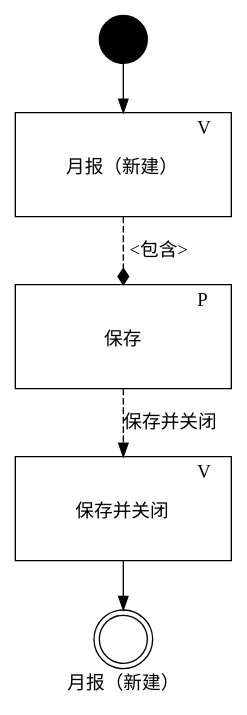
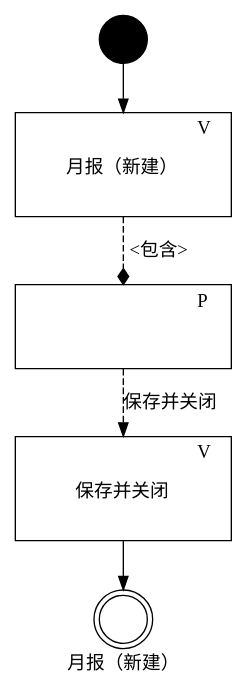
The diagram in ibizpms-docs/src/main/doc/v1/app/mob/func/IbzMonthlyCreateMobEditView.md (zj335841911/nt_chandao), drawn with PlantUML before and after one commit. The commit also changed 903 other files, not shown here.

```diff
--- a/ibizpms-docs/src/main/doc/v1/app/mob/func/IbzMonthlyCreateMobEditView.md
+++ b/ibizpms-docs/src/main/doc/v1/app/mob/func/IbzMonthlyCreateMobEditView.md
@@ -5,62 +5,62 @@
 {% plantuml %}
 
 digraph IbzMonthlyCreateMobEditView {
 
 label="月报（新建）";    
 
 #rankdir=LR;
 
 start [shape=circle,size="1,1",label="",style=filled, fillcolor=black]
 end [shape=doublecircle,label=""]
 
 own [shape=none, margin=0,size="6,6", label=<
 <TABLE WIDTH="150" BORDER="1" CELLBORDER="1" >
 <TR>
 <TD WIDTH="115" BORDER="0" COLSPAN="3"></TD><TD WIDTH="35" BORDER="0">V</TD>
 </TR>
 <TR>
 <TD BORDER="0" COLSPAN="4" CELLPADDING="10">月报（新建）<BR/><BR/></TD>
 </TR>
 </TABLE>
 >];
 
 part [shape=none, margin=0, label=<
 <TABLE WIDTH="150" BORDER="1" CELLBORDER="1" >
 <TR>
 <TD WIDTH="115" BORDER="0" COLSPAN="3"></TD><TD WIDTH="35" BORDER="0">P</TD> 
 </TR>
 <TR>
 <TD BORDER="0" COLSPAN="4" CELLPADDING="10">
-保存<BR/>
+
 <BR/></TD>
 </TR>
 </TABLE>
 >];
 
 
 SaveAndExit [shape=none, margin=0, label=<
 <TABLE WIDTH="150" BORDER="1" CELLBORDER="1" >
 <TR>
 <TD WIDTH="115" BORDER="0" COLSPAN="3"></TD><TD WIDTH="35" BORDER="0">V</TD>
 </TR>
 <TR>
 <TD BORDER="0" COLSPAN="4" CELLPADDING="10">保存并关闭<BR/><BR/></TD>
 </TR>
 </TABLE>
 >];
 
 
 
 start -> own ;
 own -> part [style=dashed,arrowhead=diamond,label="<包含>"] ;
 
 
 part -> SaveAndExit [style=dashed,label=<保存并关闭>];
 
 SaveAndExit -> end ;
 
 
 
 }
 
 {% endplantuml %}
```
